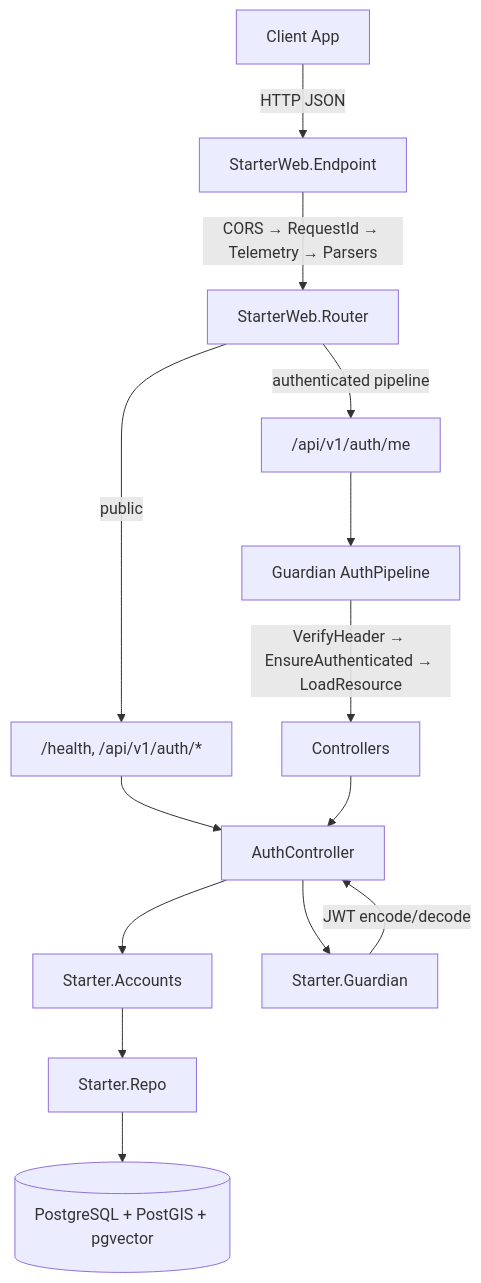
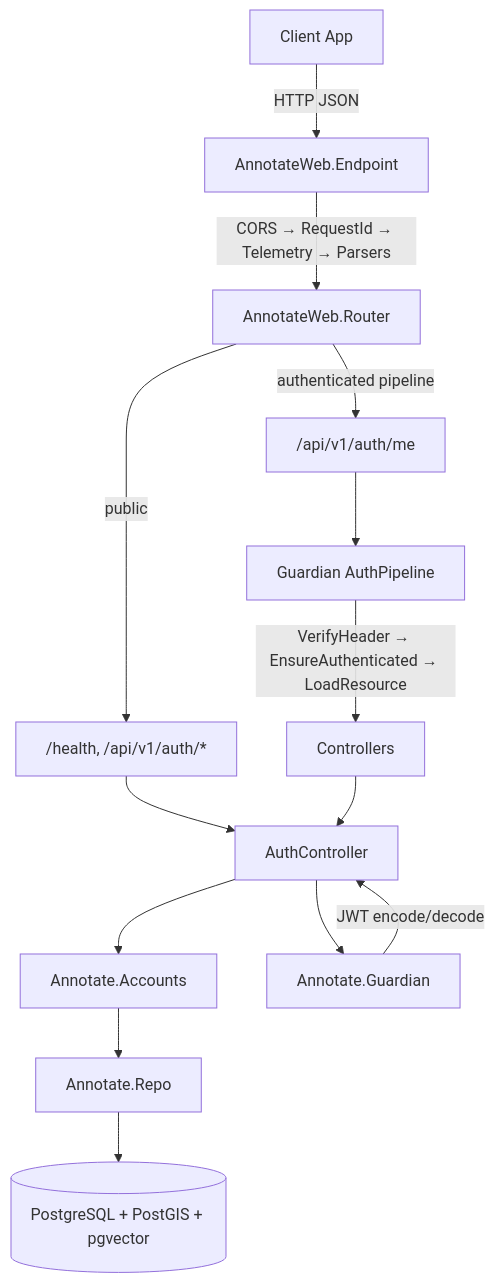
One commit to the-robot-shares/annotate changed the diagram in backend/docs/PROJ-ARCH.md. Above: the diagram before and after it, drawn with Mermaid. The commit also changed other lines of this file and 474 other files, not shown here.

Commit message:
chore(hydration): rename scaffold identity to Annotate (Starter->Annotate), chart + hosts annotate/annotate-srv.therobotlives.com, provenance

````diff
--- a/backend/docs/PROJ-ARCH.md
+++ b/backend/docs/PROJ-ARCH.md
@@ -11,18 +11,18 @@
 ```mermaid
 graph TB
     Client[Client App] -->|HTTP JSON| Endpoint
-    Endpoint[StarterWeb.Endpoint] -->|CORS → RequestId → Telemetry → Parsers| Router
-    Router[StarterWeb.Router] -->|public| PublicRoutes["/health, /api/v1/auth/*"]
+    Endpoint[AnnotateWeb.Endpoint] -->|CORS → RequestId → Telemetry → Parsers| Router
+    Router[AnnotateWeb.Router] -->|public| PublicRoutes["/health, /api/v1/auth/*"]
     Router -->|authenticated pipeline| ProtectedRoutes["/api/v1/auth/me"]
     ProtectedRoutes --> AuthPipeline[Guardian AuthPipeline]
     AuthPipeline -->|VerifyHeader → EnsureAuthenticated → LoadResource| Controllers
 
     PublicRoutes --> AuthCtrl[AuthController]
     Controllers --> AuthCtrl
-    AuthCtrl --> Accounts[Starter.Accounts]
-    Accounts --> Repo[Starter.Repo]
+    AuthCtrl --> Accounts[Annotate.Accounts]
+    Accounts --> Repo[Annotate.Repo]
     Repo --> PG[(PostgreSQL + PostGIS + pgvector)]
 
-    AuthCtrl --> Guardian[Starter.Guardian]
+    AuthCtrl --> Guardian[Annotate.Guardian]
     Guardian -->|JWT encode/decode| AuthCtrl
 ```
````
